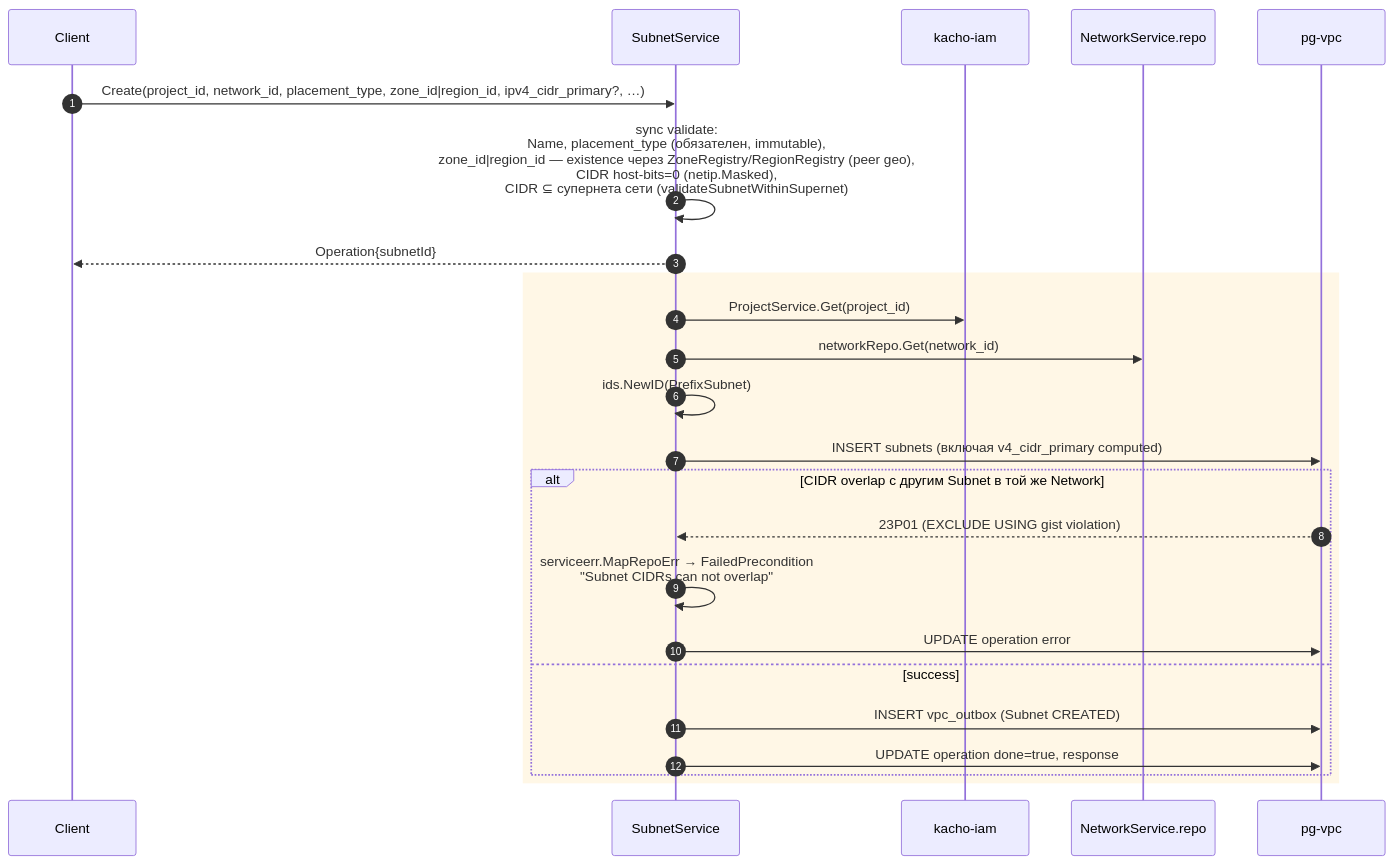
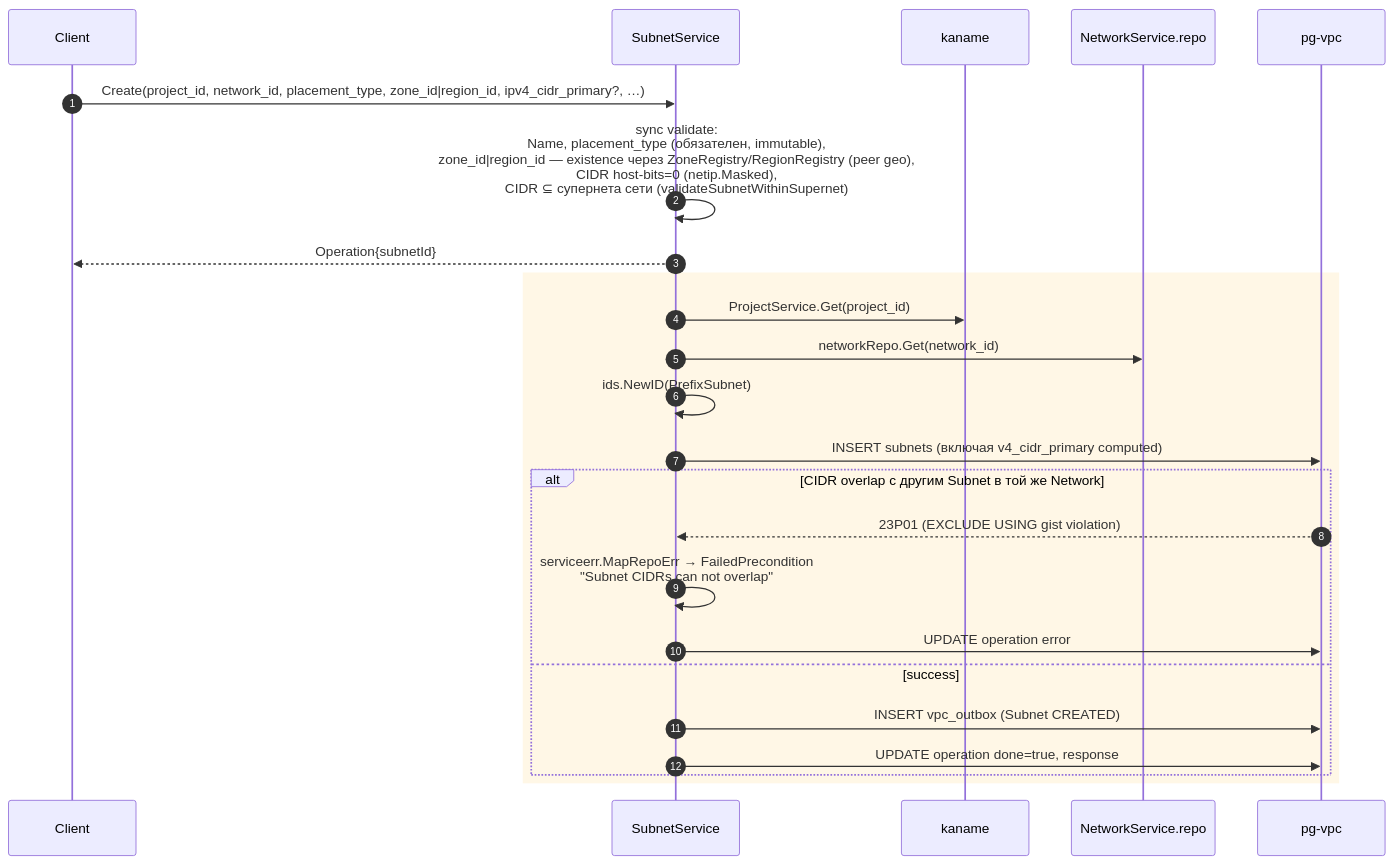
The second of 10 diagrams in services/vpc/docs/engineering/architecture/02-data-flows.md (PRO-Robotech/kacho), drawn with Mermaid before and after one commit. The commit also changed other lines of this file and 5005 other files, not shown here.

````diff
--- a/services/vpc/docs/engineering/architecture/02-data-flows.md
+++ b/services/vpc/docs/engineering/architecture/02-data-flows.md
@@ -70,30 +70,30 @@
 ```mermaid
 sequenceDiagram
   autonumber
   participant U as Client
   participant S as SubnetService
-  participant RM as kacho-iam
+  participant RM as kaname
   participant N as NetworkService.repo
   participant DB as pg-vpc
 
   U->>S: Create(project_id, network_id, placement_type, zone_id|region_id, ipv4_cidr_primary?, …)
   S->>S: sync validate:<br/>  Name, placement_type (обязателен, immutable),<br/>  zone_id|region_id — existence через ZoneRegistry/RegionRegistry (peer geo),<br/>  CIDR host-bits=0 (netip.Masked),<br/>  CIDR ⊆ супернета сети (validateSubnetWithinSupernet)
   S-->>U: Operation{subnetId}
 
   rect rgb(255,247,230)
   S->>RM: ProjectService.Get(project_id)
   S->>N: networkRepo.Get(network_id)
   S->>S: ids.NewID(PrefixSubnet)
 
   S->>DB: INSERT subnets (включая v4_cidr_primary computed)
 
   alt CIDR overlap с другим Subnet в той же Network
     DB-->>S: 23P01 (EXCLUDE USING gist violation)
     S->>S: serviceerr.MapRepoErr → FailedPrecondition<br/>"Subnet CIDRs can not overlap"
     S->>DB: UPDATE operation error
   else success
     S->>DB: INSERT vpc_outbox (Subnet CREATED)
     S->>DB: UPDATE operation done=true, response
   end
   end
 ```
````
